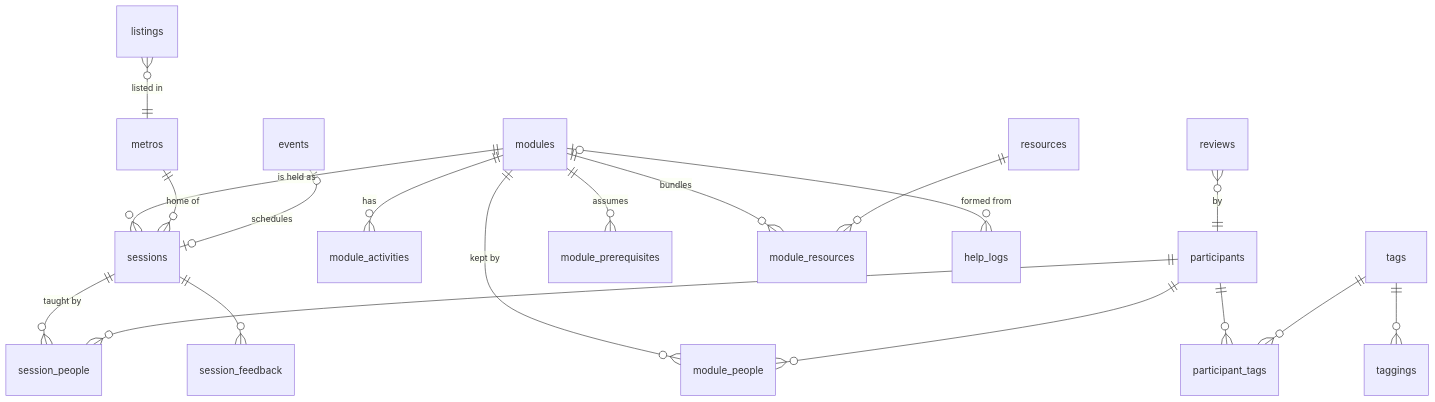
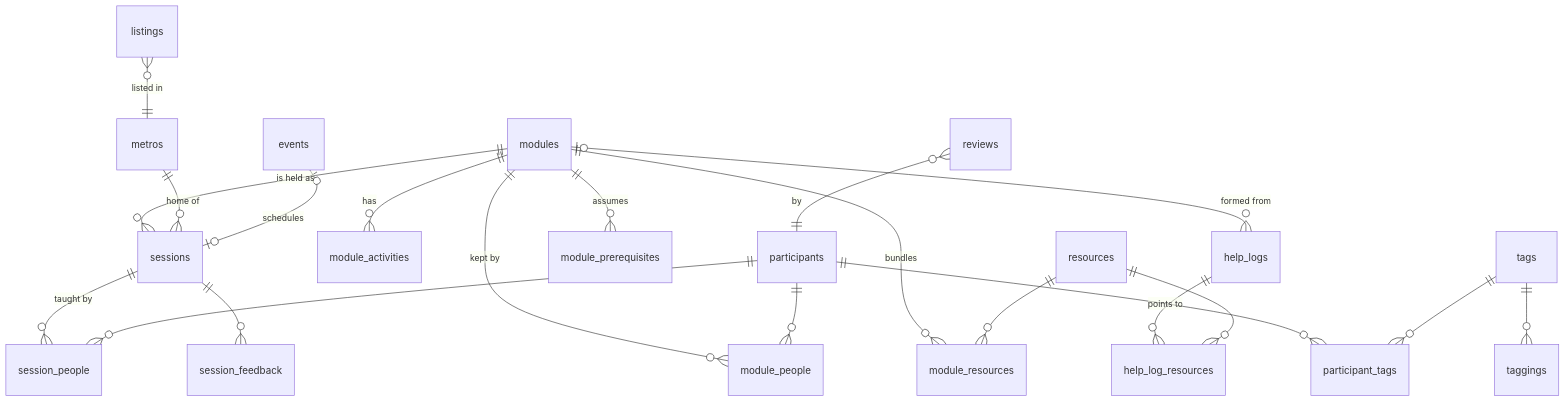
Before and after one commit to wash-TheUpskillingLabs/c04-scaffolding: the diagram in prototypes/module-catalog/schema.md, drawn with Mermaid. The commit also changed other lines of this file, not shown here.

First line of the commit message:
Schema draft: links shared in a Help Log become draft knowledge-base resources

````diff
--- a/prototypes/module-catalog/schema.md
+++ b/prototypes/module-catalog/schema.md
@@ -123,21 +123,23 @@
 ```mermaid
 erDiagram
     modules ||--o{ sessions : "is held as"
     metros ||--o{ sessions : "home of"
     events |o--o| sessions : "schedules"
     modules ||--o{ module_activities : "has"
     modules ||--o{ module_people : "kept by"
     sessions ||--o{ session_people : "taught by"
     participants ||--o{ module_people : ""
     participants ||--o{ session_people : ""
     modules ||--o{ module_prerequisites : "assumes"
     modules ||--o{ module_resources : "bundles"
     resources ||--o{ module_resources : ""
+    help_logs ||--o{ help_log_resources : "points to"
+    resources ||--o{ help_log_resources : ""
     modules |o--o{ help_logs : "formed from"
     tags ||--o{ taggings : ""
     participants ||--o{ participant_tags : ""
     tags ||--o{ participant_tags : ""
     sessions ||--o{ session_feedback : ""
     listings }o--|| metros : "listed in"
     reviews }o--|| participants : "by"
 ```
````
